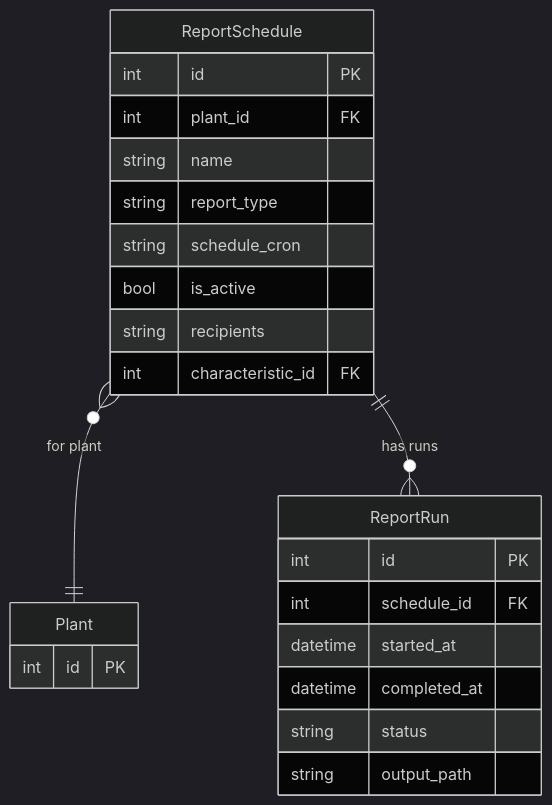
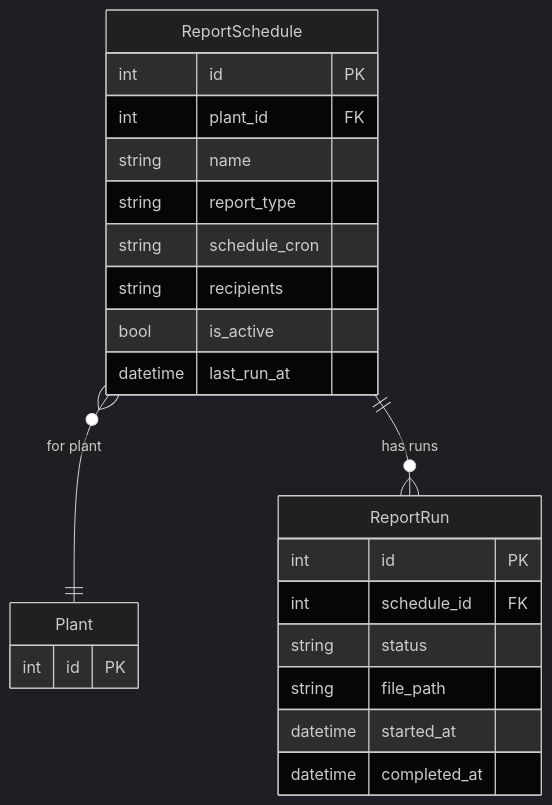
One commit to saturnis-io/cassini changed the second of 2 diagrams in .knowledge/features/reporting.md. Above: the diagram before and after it, drawn with Mermaid (dark theme). The commit also changed other lines of this file and 15 other files, not shown here.

Commit message:
knowledge-graph: regenerate

````diff
--- a/.knowledge/features/reporting.md
+++ b/.knowledge/features/reporting.md
@@ -28,26 +25,26 @@
 ```mermaid
 erDiagram
     ReportSchedule }o--|| Plant : "for plant"
     ReportSchedule ||--o{ ReportRun : "has runs"
     ReportSchedule {
         int id PK
         int plant_id FK
         string name
         string report_type
         string schedule_cron
+        string recipients
         bool is_active
-        string recipients
-        int characteristic_id FK
+        datetime last_run_at
     }
     ReportRun {
         int id PK
         int schedule_id FK
+        string status
+        string file_path
         datetime started_at
         datetime completed_at
-        string status
-        string output_path
     }
     Plant {
         int id PK
     }
 ```
````
